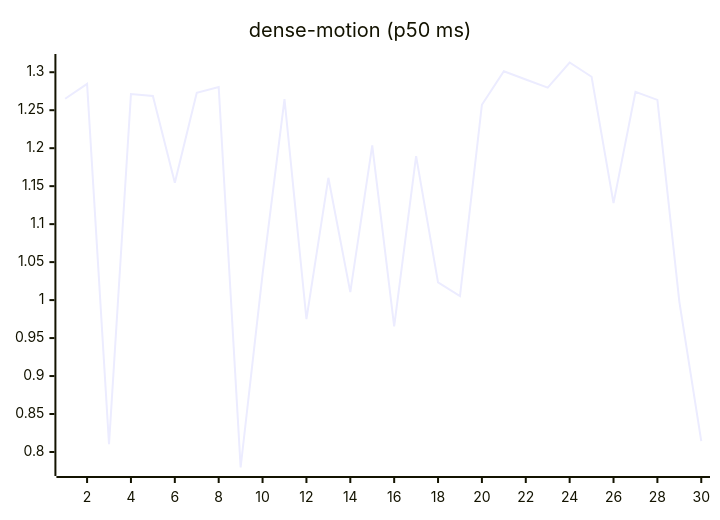
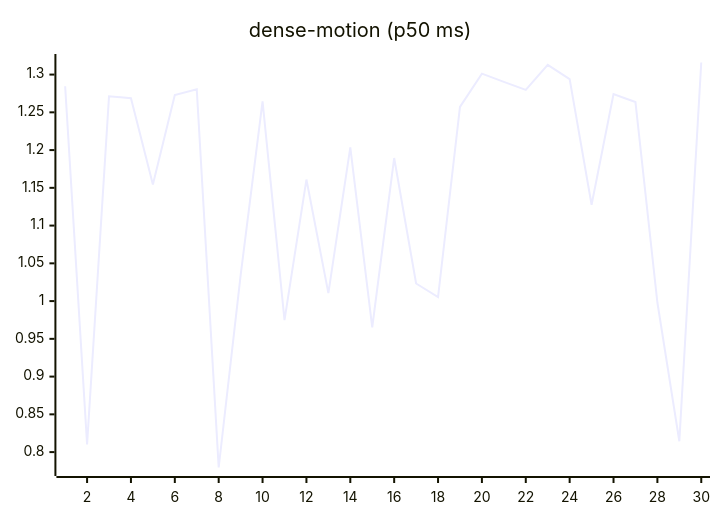
The ninth of 27 diagrams in README.md (josha/Facet), drawn with Mermaid before and after one commit. The commit also changed other lines of this file and 2 other files, not shown here.

````diff
--- a/README.md
+++ b/README.md
@@ -119,6 +119,6 @@
 ```mermaid
 xychart-beta
     title "dense-motion (p50 ms)"
     x-axis 1 --> 30
-    line [1.2651, 1.2846, 0.8102, 1.2712, 1.2688, 1.1544, 1.2730, 1.2805, 0.7796, 1.0341, 1.2646, 0.9749, 1.1610, 1.0105, 1.2037, 0.9653, 1.1895, 1.0233, 1.0054, 1.2572, 1.3012, 1.2904, 1.2798, 1.3128, 1.2940, 1.1276, 1.2742, 1.2636, 0.9981, 0.8144]
+    line [1.2846, 0.8102, 1.2712, 1.2688, 1.1544, 1.2730, 1.2805, 0.7796, 1.0341, 1.2646, 0.9749, 1.1610, 1.0105, 1.2037, 0.9653, 1.1895, 1.0233, 1.0054, 1.2572, 1.3012, 1.2904, 1.2798, 1.3128, 1.2940, 1.1276, 1.2742, 1.2636, 0.9981, 0.8144, 1.3160]
 ```
````
